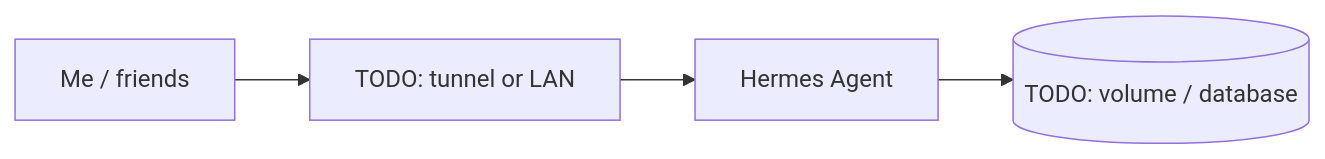
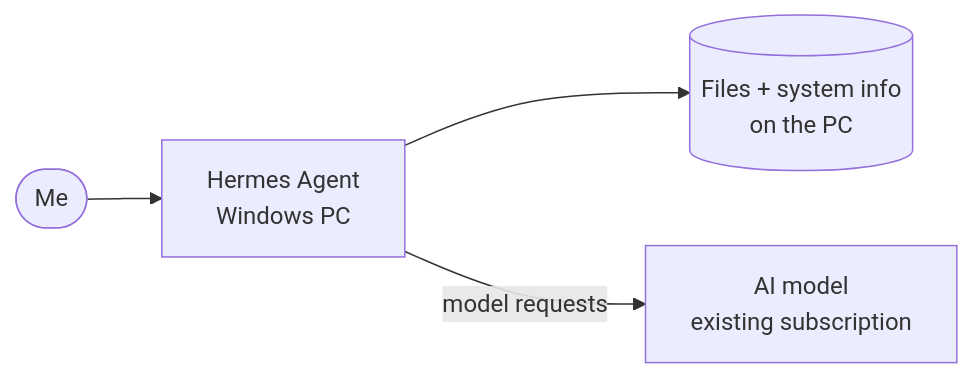
One commit to Shineori/homelab changed the diagram in docs/services/hermes-agent.md. Above: the diagram before and after it, drawn with Mermaid. The commit also changed other lines of this file and 19 other files, not shown here.

````diff
--- a/docs/services/hermes-agent.md
+++ b/docs/services/hermes-agent.md
@@ -20,6 +20,6 @@
 ```mermaid
 flowchart LR
-    user[Me / friends] --> entry[TODO: tunnel or LAN]
-    entry --> app[Hermes Agent]
-    app --> data[(TODO: volume / database)]
+    me([Me]) --> agent[Hermes Agent<br/>Windows PC]
+    agent --> files[(Files + system info<br/>on the PC)]
+    agent -- model requests --> llm[AI model<br/>existing subscription]
 ```
````
